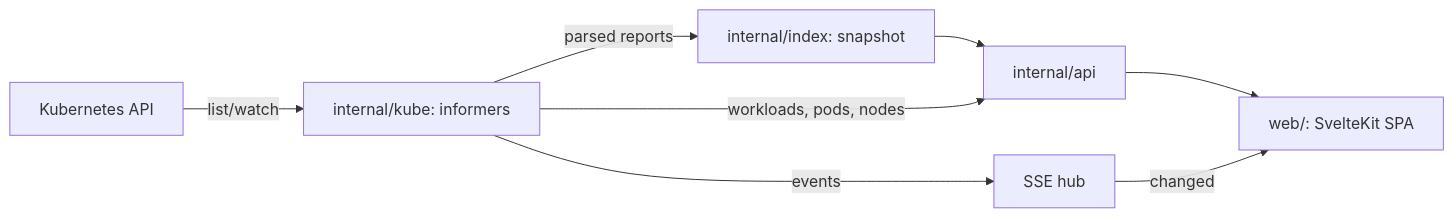
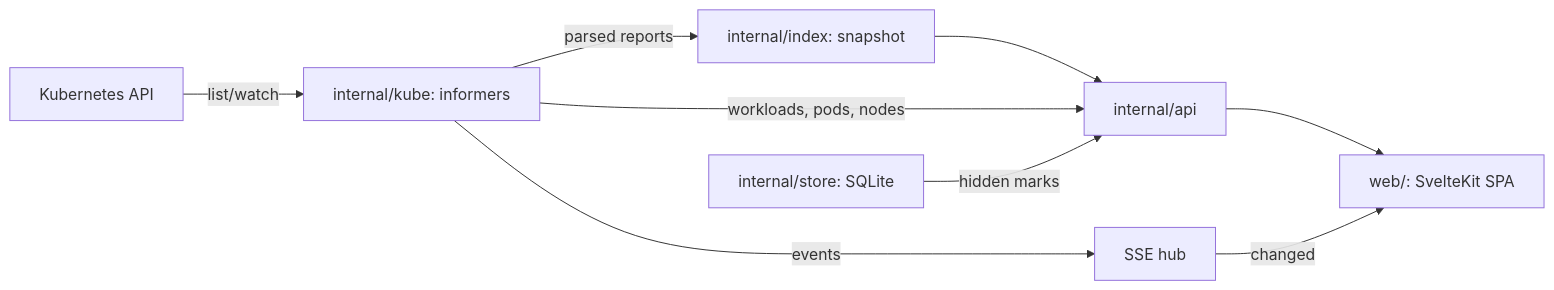
One commit to mnorrsken/trivyal changed the diagram in docs/architecture.md. Above: the diagram before and after it, drawn with Mermaid. The commit also changed other lines of this file and 49 other files, not shown here.

````diff
--- a/docs/architecture.md
+++ b/docs/architecture.md
@@ -3,10 +3,11 @@
 ```mermaid
 flowchart LR
   API[Kubernetes API] -->|list/watch| Cache[internal/kube: informers]
   Cache -->|parsed reports| Index[internal/index: snapshot]
   Cache -->|events| Hub[SSE hub]
   Index --> Handlers[internal/api]
   Cache -->|workloads, pods, nodes| Handlers
+  Store[internal/store: SQLite] -->|hidden marks| Handlers
   Handlers --> UI[web/: SvelteKit SPA]
   Hub -->|changed| UI
 ```
````
